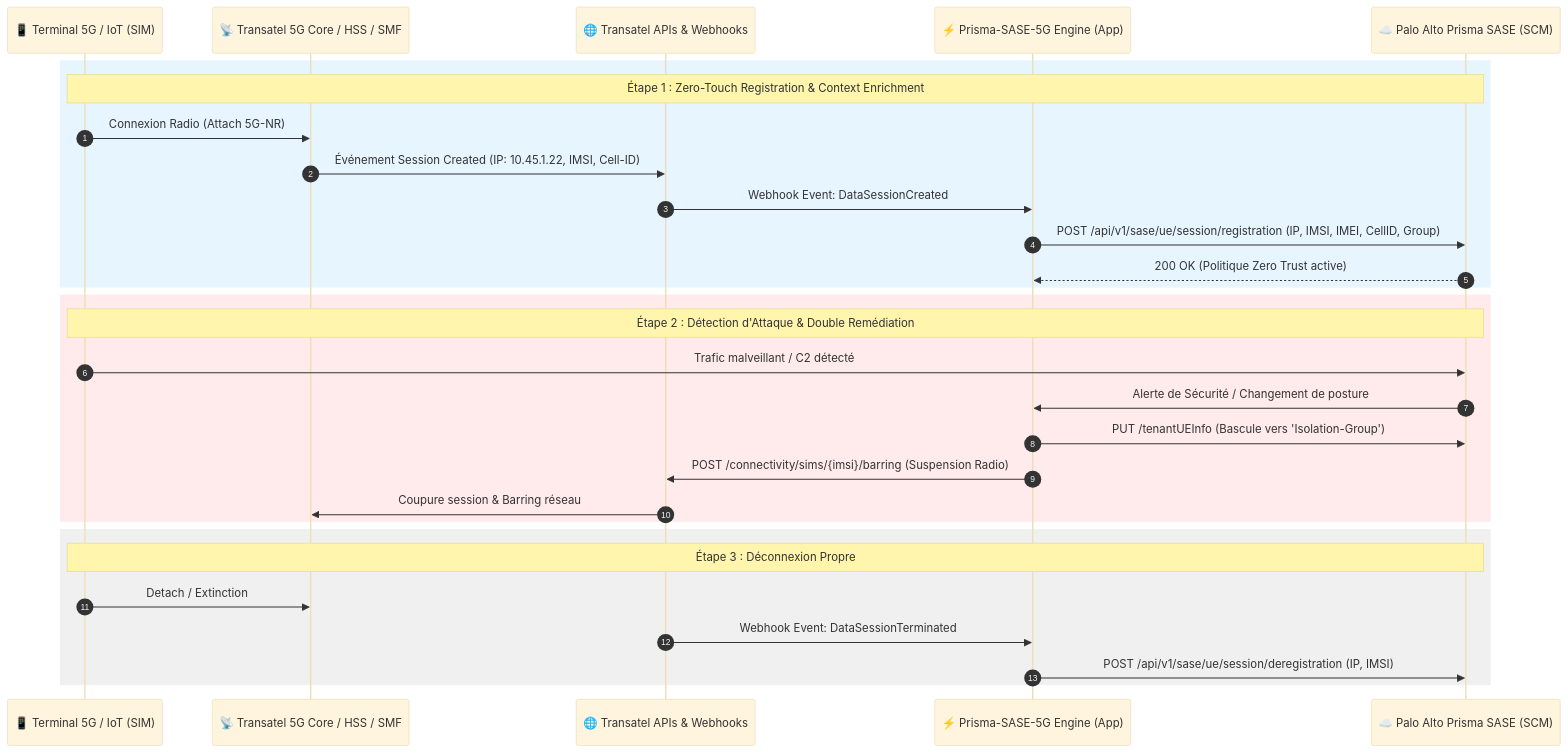
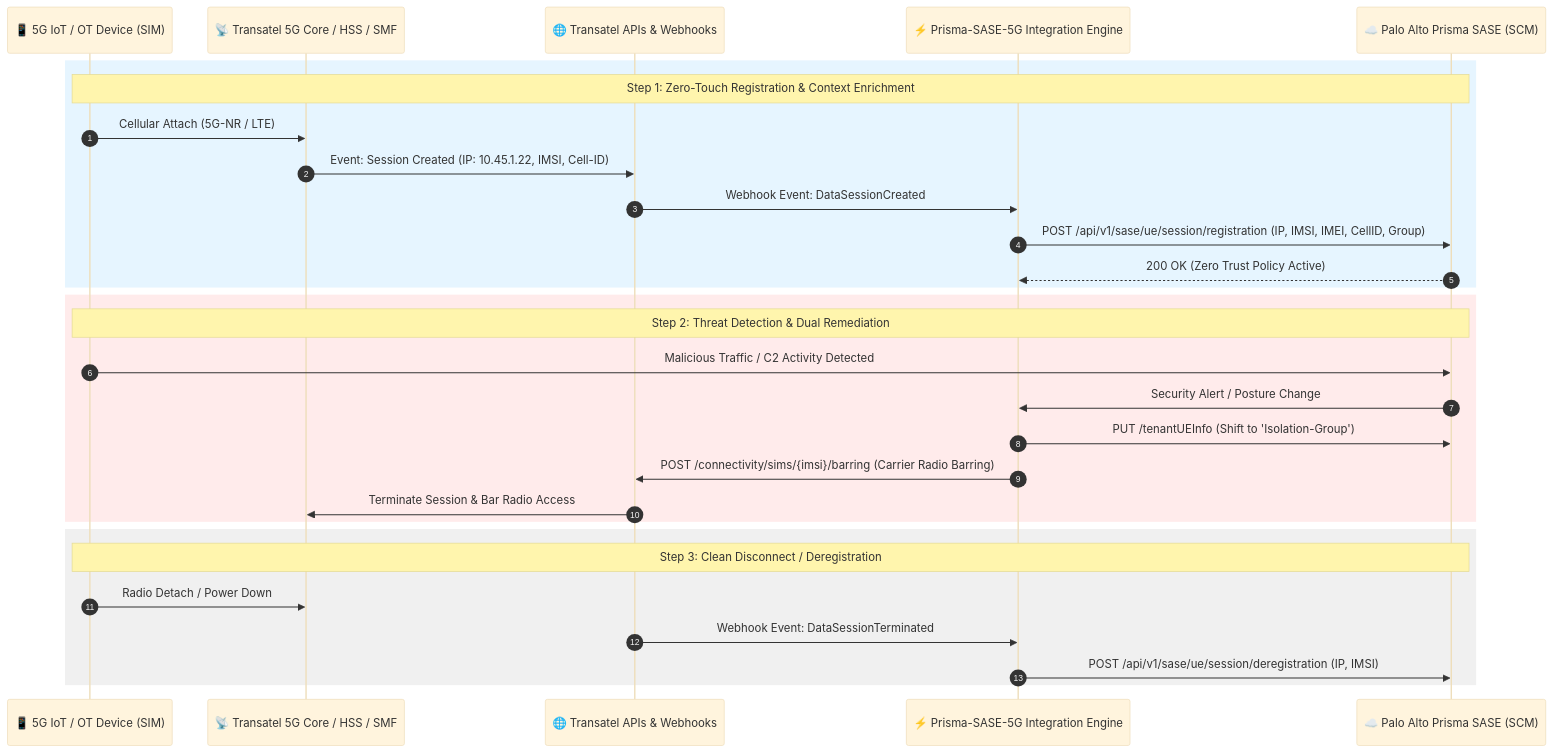
One commit to jsuzanne/Prisma-SASE-5G changed the diagram in docs/PRD_TRANSATEL_PRISMA_SASE_INTEGRATION.md. Above: the diagram before and after it, drawn with Mermaid (base theme). The commit also changed other lines of this file, not shown here.

Commit message:
docs: translate Transatel integration PRD to English

````diff
--- a/docs/PRD_TRANSATEL_PRISMA_SASE_INTEGRATION.md
+++ b/docs/PRD_TRANSATEL_PRISMA_SASE_INTEGRATION.md
@@ -28,37 +28,37 @@
 ```mermaid
 sequenceDiagram
     autonumber
-    participant UE as 📱 Terminal 5G / IoT (SIM)
+    participant UE as 📱 5G IoT / OT Device (SIM)
     participant T_Core as 📡 Transatel 5G Core / HSS / SMF
     participant T_API as 🌐 Transatel APIs & Webhooks
-    participant Bridge as ⚡ Prisma-SASE-5G Engine (App)
+    participant Bridge as ⚡ Prisma-SASE-5G Integration Engine
     participant SCM as ☁️ Palo Alto Prisma SASE (SCM)
 
     %% Flow 1: Device Boot & Session Registration
     rect rgb(230, 245, 255)
-    Note over UE,SCM: Étape 1 : Zero-Touch Registration & Context Enrichment
-    UE->>T_Core: Connexion Radio (Attach 5G-NR)
-    T_Core->>T_API: Événement Session Created (IP: 10.45.1.22, IMSI, Cell-ID)
+    Note over UE,SCM: Step 1: Zero-Touch Registration & Context Enrichment
+    UE->>T_Core: Cellular Attach (5G-NR / LTE)
+    T_Core->>T_API: Event: Session Created (IP: 10.45.1.22, IMSI, Cell-ID)
     T_API->>Bridge: Webhook Event: DataSessionCreated
     Bridge->>SCM: POST /api/v1/sase/ue/session/registration (IP, IMSI, IMEI, CellID, Group)
-    SCM-->>Bridge: 200 OK (Politique Zero Trust active)
+    SCM-->>Bridge: 200 OK (Zero Trust Policy Active)
     end
 
     %% Flow 2: Threat Detection & Remediation
     rect rgb(255, 235, 235)
-    Note over UE,SCM: Étape 2 : Détection d'Attaque & Double Remédiation
-    UE->>SCM: Trafic malveillant / C2 détecté
-    SCM->>Bridge: Alerte de Sécurité / Changement de posture
-    Bridge->>SCM: PUT /tenantUEInfo (Bascule vers 'Isolation-Group')
-    Bridge->>T_API: POST /connectivity/sims/{imsi}/barring (Suspension Radio)
-    T_API->>T_Core: Coupure session & Barring réseau
+    Note over UE,SCM: Step 2: Threat Detection & Dual Remediation
+    UE->>SCM: Malicious Traffic / C2 Activity Detected
+    SCM->>Bridge: Security Alert / Posture Change
+    Bridge->>SCM: PUT /tenantUEInfo (Shift to 'Isolation-Group')
+    Bridge->>T_API: POST /connectivity/sims/{imsi}/barring (Carrier Radio Barring)
+    T_API->>T_Core: Terminate Session & Bar Radio Access
     end
 
     %% Flow 3: Device Shutdown
     rect rgb(240, 240, 240)
-    Note over UE,SCM: Étape 3 : Déconnexion Propre
-    UE->>T_Core: Detach / Extinction
+    Note over UE,SCM: Step 3: Clean Disconnect / Deregistration
+    UE->>T_Core: Radio Detach / Power Down
     T_API->>Bridge: Webhook Event: DataSessionTerminated
     Bridge->>SCM: POST /api/v1/sase/ue/session/deregistration (IP, IMSI)
     end
 ```
````
